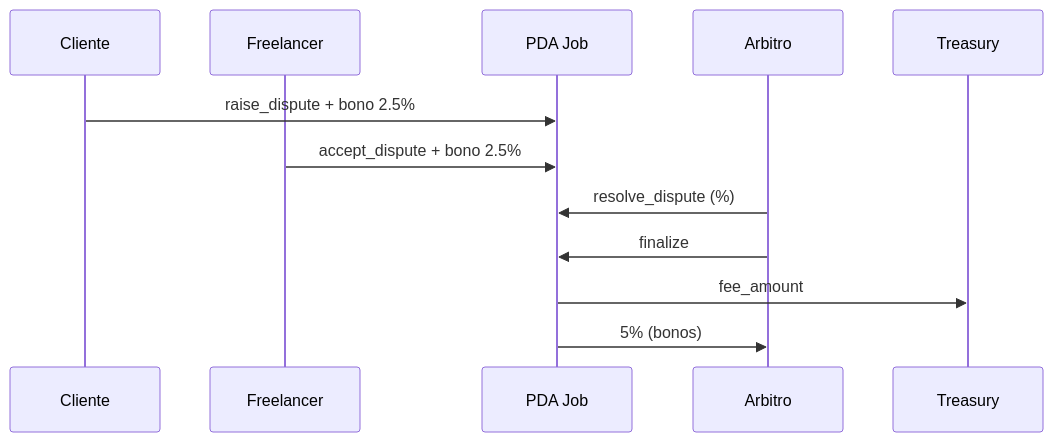
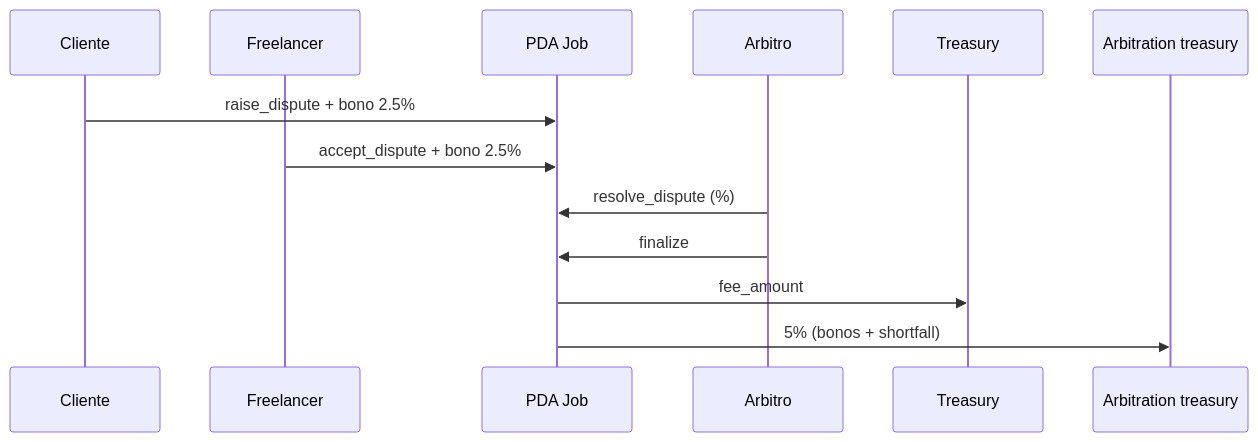
One commit to davidcoachdev/Trust-Work-Escrow changed the diagram in trust-escrow-v3/docs/escenarios/03-disputa-arbitraje-mutuo.md. Above: the diagram before and after it, drawn with Mermaid. The commit also changed other lines of this file and 57 other files, not shown here.

````diff
--- a/trust-escrow-v3/docs/escenarios/03-disputa-arbitraje-mutuo.md
+++ b/trust-escrow-v3/docs/escenarios/03-disputa-arbitraje-mutuo.md
@@ -33,14 +34,15 @@
 ```mermaid
 sequenceDiagram
     participant C as Cliente
     participant F as Freelancer
     participant J as PDA Job
     participant A as Arbitro
     participant T as Treasury
+    participant AT as Arbitration treasury
     C->>J: raise_dispute + bono 2.5%
     F->>J: accept_dispute + bono 2.5%
     A->>J: resolve_dispute (%)
     A->>J: finalize
     J->>T: fee_amount
-    J->>A: 5% (bonos)
+    J->>AT: 5% (bonos + shortfall)
 ```
````
